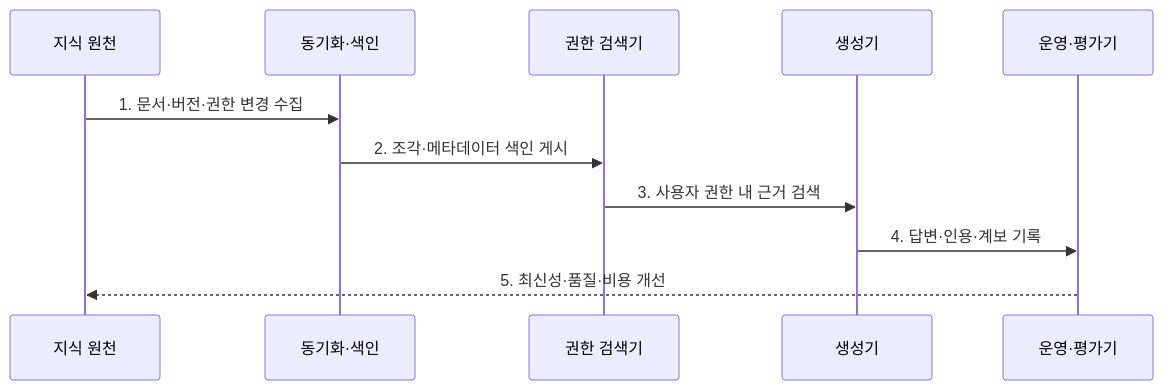
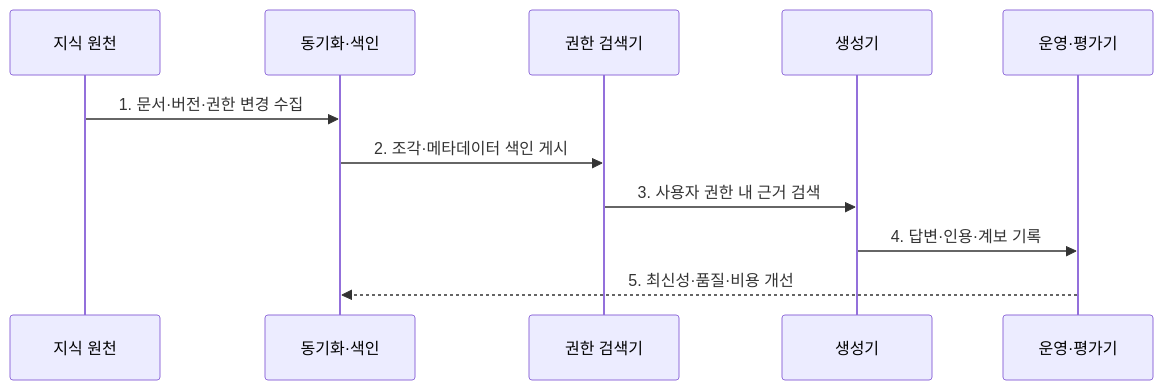
The second of 2 diagrams in src/content/docs/notes/08-latest-tech/084_enterprise_rag.md (agnusdei1207/knowledge-base), drawn with Mermaid before and after one commit. The commit also changed other lines of this file and 225 other files, not shown here.

````diff
--- a/src/content/docs/notes/08-latest-tech/084_enterprise_rag.md
+++ b/src/content/docs/notes/08-latest-tech/084_enterprise_rag.md
@@ -76,13 +76,13 @@
 ```mermaid
 sequenceDiagram
     participant S as 지식 원천
     participant C as 동기화·색인
     participant R as 권한 검색기
     participant G as 생성기
     participant O as 운영·평가기
     S->>C: 1. 문서·버전·권한 변경 수집
     C->>R: 2. 조각·메타데이터 색인 게시
     R->>G: 3. 사용자 권한 내 근거 검색
     G->>O: 4. 답변·인용·계보 기록
-    O-->>S: 5. 최신성·품질·비용 개선
+    O-->>C: 5. 최신성·품질·비용 개선
 ```
````
